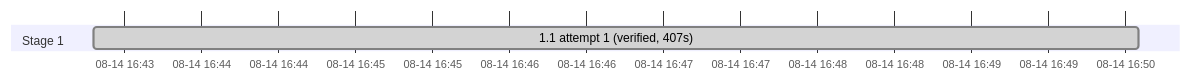
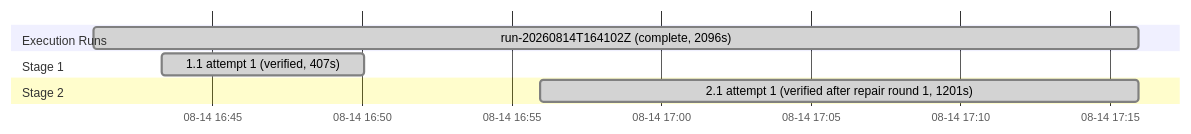
Before and after one commit to sohampatwardhan/Amtrak-GTFS-RT: the second of 2 diagrams in .specs/containerized-service/05_execution.md, drawn with Mermaid. The commit also changed other lines of this file and 9 other files, not shown here.

````diff
--- a/.specs/containerized-service/05_execution.md
+++ b/.specs/containerized-service/05_execution.md
@@ -71,7 +71,11 @@
 ```mermaid
 gantt
     dateFormat YYYY-MM-DDTHH:mm:ss
     axisFormat %m-%d %H:%M
+    section Execution Runs
+    run-20260814T164102Z (complete, 2096s) :done, run_20260814T164102Z, 2026-08-14T16:41:02, 2026-08-14T17:15:58
     section Stage 1
     1.1 attempt 1 (verified, 407s) :done, b_1_1_attempt1, 2026-08-14T16:43:18, 2026-08-14T16:50:05
+    section Stage 2
+    2.1 attempt 1 (verified after repair round 1, 1201s) :done, b_2_1_attempt1, 2026-08-14T16:55:57, 2026-08-14T17:15:58
 ```
````
